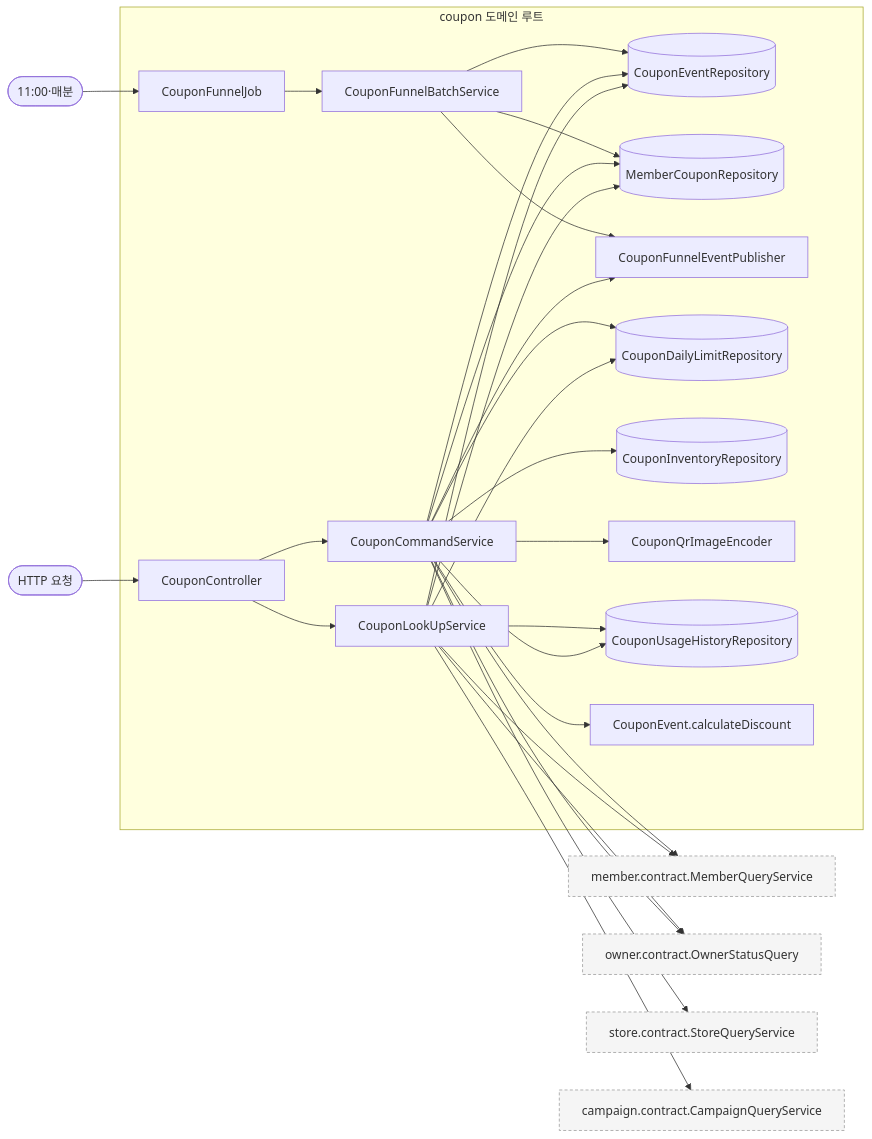
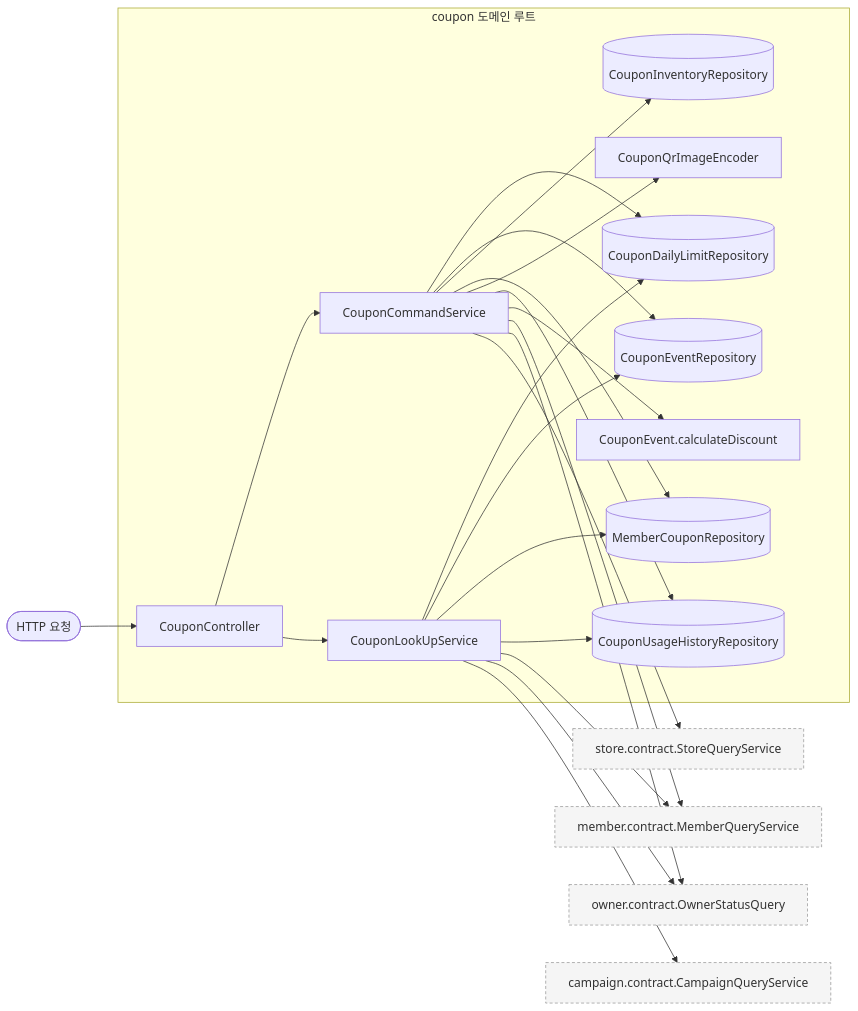
The first of 6 diagrams in docs/design/coupon/coupon_구조와_동작_설계.md (lunch-catch/lc-backend), drawn with Mermaid before and after one commit. The commit also changed other lines of this file and 2 other files, not shown here.

````diff
--- a/docs/design/coupon/coupon_구조와_동작_설계.md
+++ b/docs/design/coupon/coupon_구조와_동작_설계.md
@@ -159,33 +158,27 @@
 ```mermaid
 flowchart LR
     HTTP([HTTP 요청]) --> Controller[CouponController]
-    Time([11:00·매분]) --> Job[CouponFunnelJob]
     subgraph Coupon["coupon 도메인 루트"]
         Controller --> Command[CouponCommandService]
         Controller --> Lookup[CouponLookUpService]
-        Job --> Batch[CouponFunnelBatchService]
-        Batch --> Events
-        Batch --> Members
-        Batch --> Publisher[CouponFunnelEventPublisher]
-        Command --> Publisher
         Command --> Daily[(CouponDailyLimitRepository)]
         Command --> Events[(CouponEventRepository)]
         Command --> Inventory[(CouponInventoryRepository)]
         Command --> Members[(MemberCouponRepository)]
         Command --> Image[CouponQrImageEncoder]
         Lookup --> Daily
         Lookup --> Events
         Lookup --> Members
         Lookup --> History[(CouponUsageHistoryRepository)]
         Command --> History
         Command --> Discount[CouponEvent.calculateDiscount]
     end
     Command --> MemberQuery["member.contract.MemberQueryService"]
     Lookup --> MemberQuery
     Lookup --> OwnerQuery["owner.contract.OwnerStatusQuery"]
     Command --> OwnerQuery
     Command --> StoreQuery["store.contract.StoreQueryService"]
     Lookup --> CampaignQuery["campaign.contract.CampaignQueryService"]
     classDef outside fill:#f5f5f5,stroke:#999,stroke-dasharray:4 3
     class MemberQuery,OwnerQuery,CampaignQuery,StoreQuery outside
 ```
````
